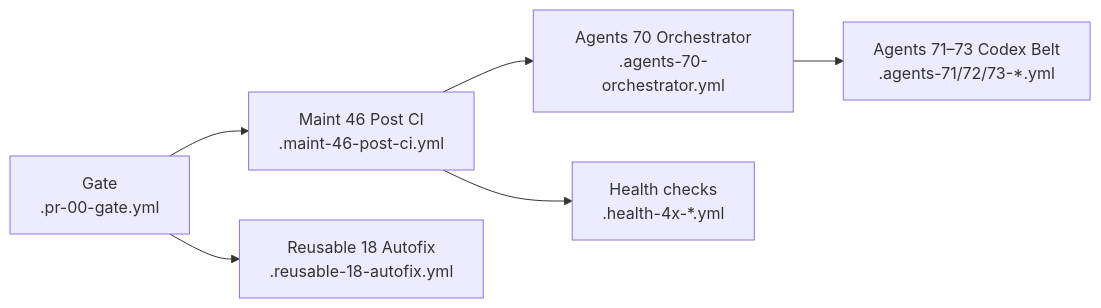
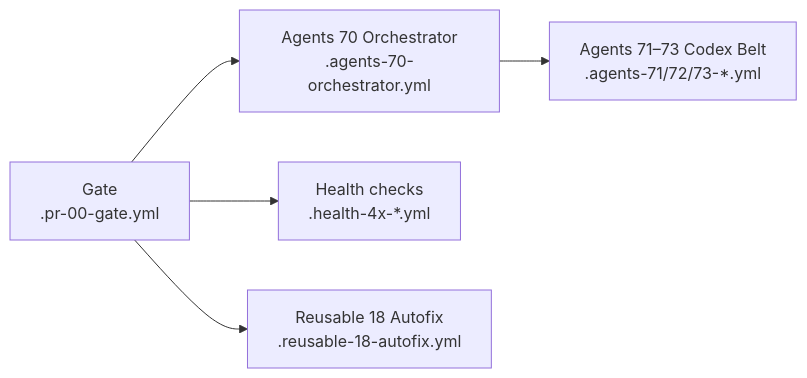
One commit to stranske/Trend_Model_Project changed the first of 2 diagrams in docs/ci/WORKFLOWS.md. Above: the diagram before and after it, drawn with Mermaid. The commit also changed other lines of this file and 12 other files, not shown here.

````diff
--- a/docs/ci/WORKFLOWS.md
+++ b/docs/ci/WORKFLOWS.md
@@ -10,8 +10,7 @@
 ```mermaid
 flowchart LR
-    gate["Gate\n.pr-00-gate.yml"] --> maint46["Maint 46 Post CI\n.maint-46-post-ci.yml"]
+    gate["Gate\n.pr-00-gate.yml"] --> agents70["Agents 70 Orchestrator\n.agents-70-orchestrator.yml"]
+    gate --> healthGuard["Health checks\n.health-4x-*.yml"]
     gate --> autofix["Reusable 18 Autofix\n.reusable-18-autofix.yml"]
-    maint46 --> agents70["Agents 70 Orchestrator\n.agents-70-orchestrator.yml"]
     agents70 --> agentsBelt["Agents 71–73 Codex Belt\n.agents-71/72/73-*.yml"]
-    maint46 --> healthGuard["Health checks\n.health-4x-*.yml"]
 ```
````
